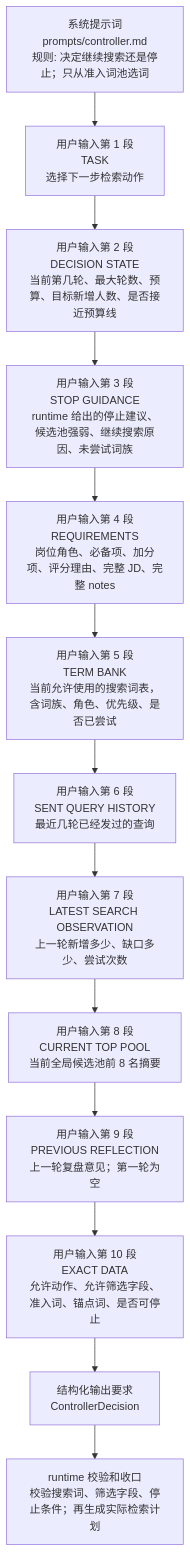
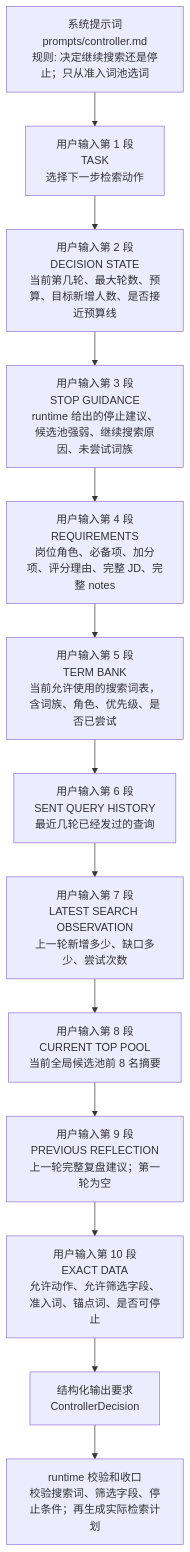
One commit to FrankQDWang/cv-match changed the third of 10 diagrams in docs/llm-context-composition.zh-CN.md. Above: the diagram before and after it, drawn with Mermaid. The commit also changed other lines of this file and 1 other file, not shown here.

````diff
--- a/docs/llm-context-composition.zh-CN.md
+++ b/docs/llm-context-composition.zh-CN.md
@@ -56,15 +56,15 @@
 ```mermaid
 flowchart TD
     A["系统提示词<br/>prompts/controller.md<br/>规则: 决定继续搜索还是停止；只从准入词池选词"] --> B["用户输入第 1 段<br/>TASK<br/>选择下一步检索动作"]
     B --> C["用户输入第 2 段<br/>DECISION STATE<br/>当前第几轮、最大轮数、预算、目标新增人数、是否接近预算线"]
     C --> D["用户输入第 3 段<br/>STOP GUIDANCE<br/>runtime 给出的停止建议、候选池强弱、继续搜索原因、未尝试词族"]
     D --> E["用户输入第 4 段<br/>REQUIREMENTS<br/>岗位角色、必备项、加分项、评分理由、完整 JD、完整 notes"]
     E --> F["用户输入第 5 段<br/>TERM BANK<br/>当前允许使用的搜索词表，含词族、角色、优先级、是否已尝试"]
     F --> G["用户输入第 6 段<br/>SENT QUERY HISTORY<br/>最近几轮已经发过的查询"]
     G --> H["用户输入第 7 段<br/>LATEST SEARCH OBSERVATION<br/>上一轮新增多少、缺口多少、尝试次数"]
     H --> I["用户输入第 8 段<br/>CURRENT TOP POOL<br/>当前全局候选池前 8 名摘要"]
-    I --> J["用户输入第 9 段<br/>PREVIOUS REFLECTION<br/>上一轮复盘意见；第一轮为空"]
+    I --> J["用户输入第 9 段<br/>PREVIOUS REFLECTION<br/>上一轮完整复盘建议；第一轮为空"]
     J --> K["用户输入第 10 段<br/>EXACT DATA<br/>允许动作、允许筛选字段、准入词、锚点词、是否可停止"]
     K --> L["结构化输出要求<br/>ControllerDecision"]
     L --> M["runtime 校验和收口<br/>校验搜索词、筛选字段、停止条件；再生成实际检索计划"]
 ```
````
